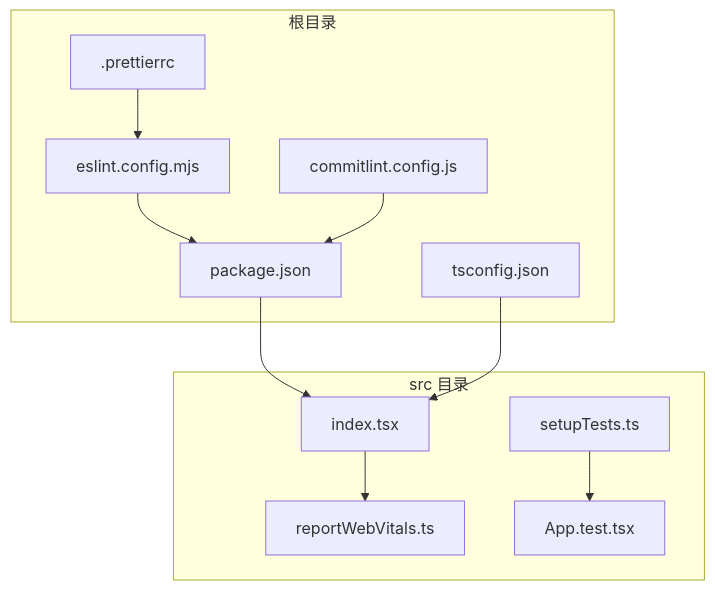
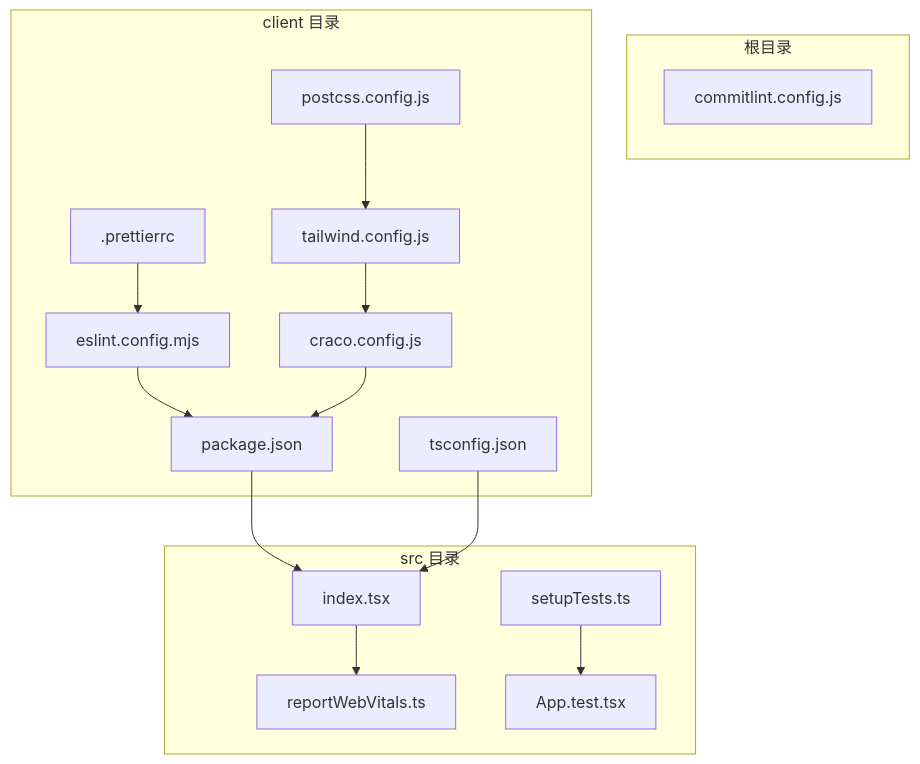
One commit to kkxxll/reactNext changed the first of 13 diagrams in .qoder/repowiki/zh/content/开发工具链/开发工具链.md. Above: the diagram before and after it, drawn with Mermaid. The commit also changed other lines of this file and 12 other files, not shown here.

````diff
--- a/.qoder/repowiki/zh/content/开发工具链/开发工具链.md
+++ b/.qoder/repowiki/zh/content/开发工具链/开发工具链.md
@@ -57,23 +63,30 @@
 ```mermaid
 graph TB
 subgraph "根目录"
+commitlint["commitlint.config.js"]
+end
+subgraph "client 目录"
 pkg["package.json"]
 eslintrc["eslint.config.mjs"]
 tsconf["tsconfig.json"]
 prettier[".prettierrc"]
-commitlint["commitlint.config.js"]
+craco["craco.config.js"]
+tailwind["tailwind.config.js"]
+postcss["postcss.config.js"]
 end
 subgraph "src 目录"
 idx["index.tsx"]
 vitals["reportWebVitals.ts"]
 setup["setupTests.ts"]
 appTest["App.test.tsx"]
 end
 pkg --> idx
 eslintrc --> pkg
 tsconf --> idx
 prettier --> eslintrc
-commitlint --> pkg
+craco --> pkg
+tailwind --> craco
+postcss --> tailwind
 idx --> vitals
 setup --> appTest
 ```
````
